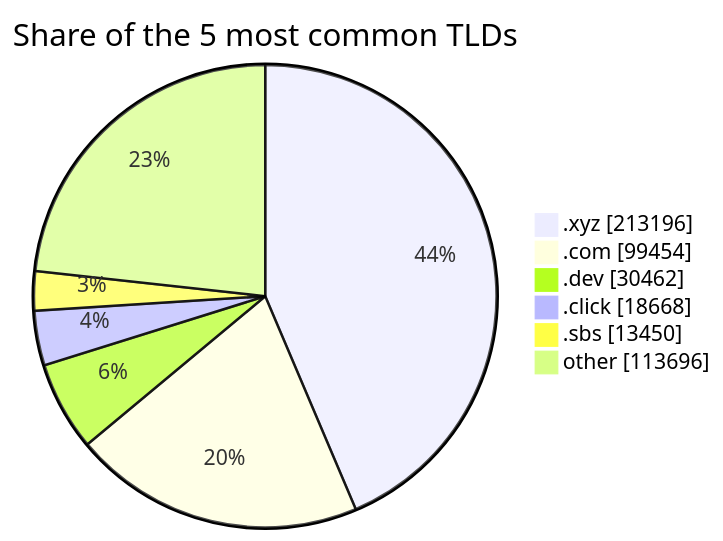
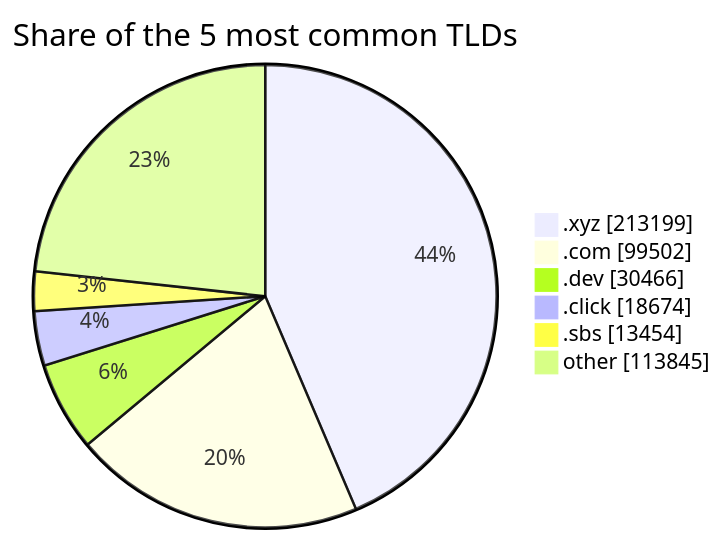
The third of 3 diagrams in README.md (DNSBunker/CTI), drawn with Mermaid before and after one commit. The commit also changed other lines of this file and 3 other files, not shown here.

````diff
--- a/README.md
+++ b/README.md
@@ -81,9 +81,9 @@
 ```mermaid
 pie showData title Share of the 5 most common TLDs
-    ".xyz" : 213196
-    ".com" : 99454
-    ".dev" : 30462
-    ".click" : 18668
-    ".sbs" : 13450
-    "other" : 113696
+    ".xyz" : 213199
+    ".com" : 99502
+    ".dev" : 30466
+    ".click" : 18674
+    ".sbs" : 13454
+    "other" : 113845
 ```
````
